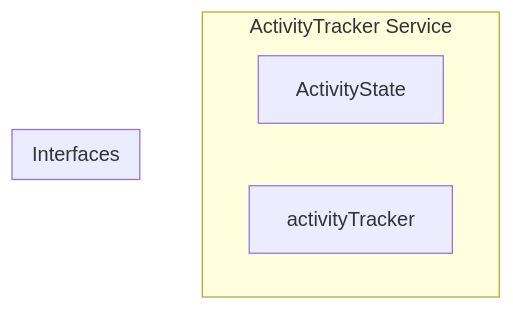
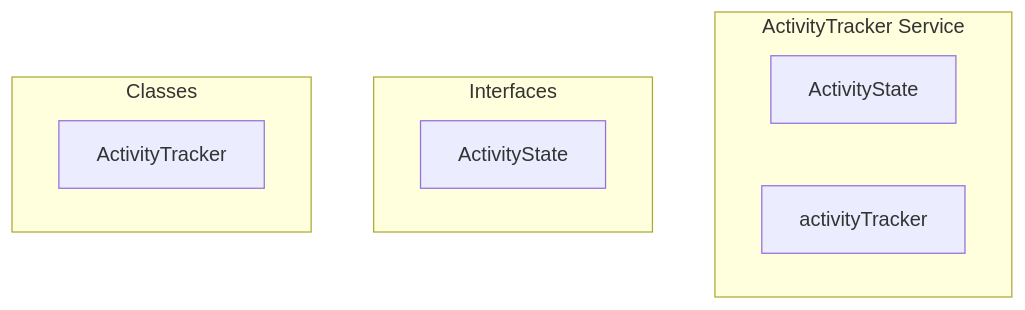
Before and after one commit to y4my4my4m/harmony: the diagram in docs/api/services/activitytracker.md, drawn with Mermaid. The commit also changed other lines of this file and 350 other files, not shown here.

````diff
--- a/docs/api/services/activitytracker.md
+++ b/docs/api/services/activitytracker.md
@@ -7,13 +7,15 @@
 ```mermaid
 graph TB
     subgraph "ActivityTracker Service"
         ACTIVITYSTATE[ActivityState]
         ACTIVITYTRACKER[activityTracker]
     end
     
+    subgraph "Interfaces"
+        INT_ACTIVITYSTATE[ActivityState]
+    end
     
-    
-    subgraph "Interfaces"
-        ACTIVITYSTATE[ActivityState]
+    subgraph "Classes"
+        CLS_ACTIVITYTRACKER[ActivityTracker]
     end
 ```
````
